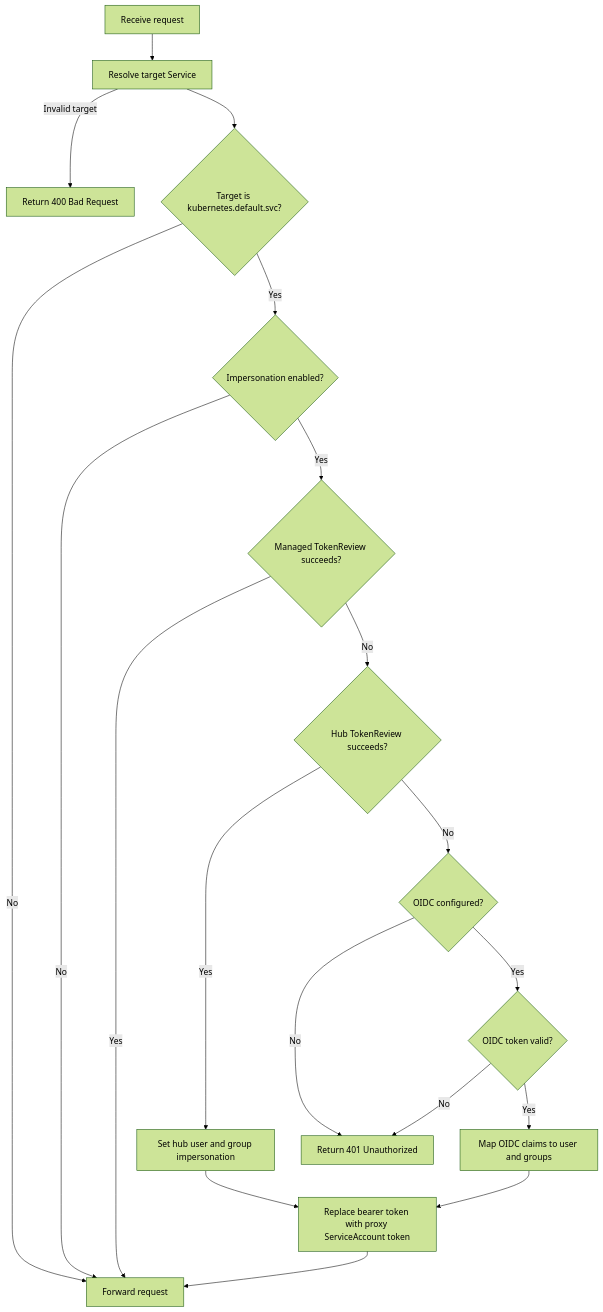
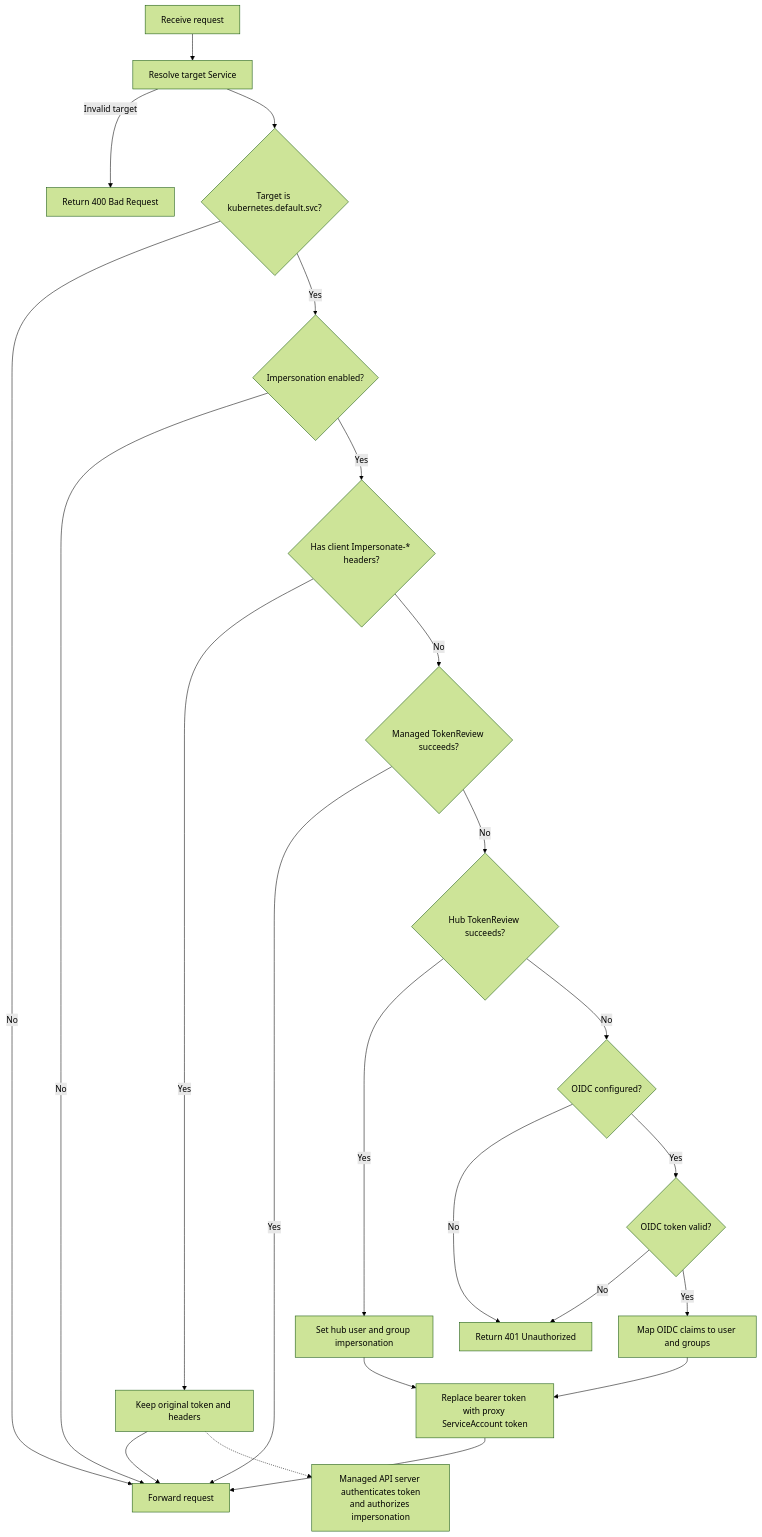
The diagram in pkg/serviceproxy/readme.md (open-cluster-management-io/cluster-proxy), drawn with Mermaid (forest theme) before and after one commit. The commit also changed other lines of this file and 4 other files, not shown here.

Commit message:
Authorize client impersonation with managed cluster RBAC

````diff
--- a/pkg/serviceproxy/readme.md
+++ b/pkg/serviceproxy/readme.md
@@ -46,21 +47,25 @@
 ```mermaid
 flowchart TD
     A[Receive request] --> B[Resolve target Service]
     B -->|Invalid target| C[Return 400 Bad Request]
     B --> D{Target is kubernetes.default.svc?}
     D -->|No| P[Forward request]
     D -->|Yes| E{Impersonation enabled?}
     E -->|No| P
-    E -->|Yes| F{Managed TokenReview succeeds?}
-    F -->|Yes| P
-    F -->|No| G{Hub TokenReview succeeds?}
-    G -->|Yes| H[Set hub user and group impersonation]
-    G -->|No| I{OIDC configured?}
-    I -->|No| U[Return 401 Unauthorized]
-    I -->|Yes| J{OIDC token valid?}
-    J -->|No| U
-    J -->|Yes| K[Map OIDC claims to user and groups]
-    H --> L[Replace bearer token with proxy ServiceAccount token]
-    K --> L
-    L --> P
+    E -->|Yes| F{Has client Impersonate-* headers?}
+    F -->|Yes| Q[Keep original token and headers]
+    Q --> P
+    Q -.-> R[Managed API server authenticates token<br/>and authorizes impersonation]
+    F -->|No| G{Managed TokenReview succeeds?}
+    G -->|Yes| P
+    G -->|No| H{Hub TokenReview succeeds?}
+    H -->|Yes| I[Set hub user and group impersonation]
+    H -->|No| J{OIDC configured?}
+    J -->|No| U[Return 401 Unauthorized]
+    J -->|Yes| K{OIDC token valid?}
+    K -->|No| U
+    K -->|Yes| L[Map OIDC claims to user and groups]
+    I --> M[Replace bearer token with proxy ServiceAccount token]
+    L --> M
+    M --> P
 ```
````
